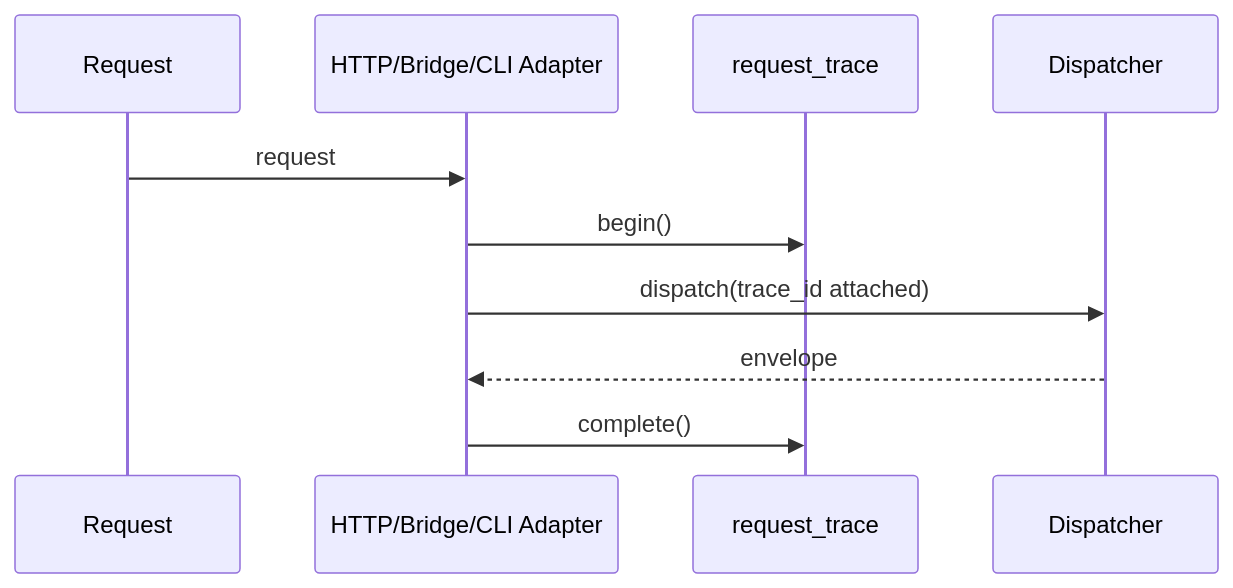
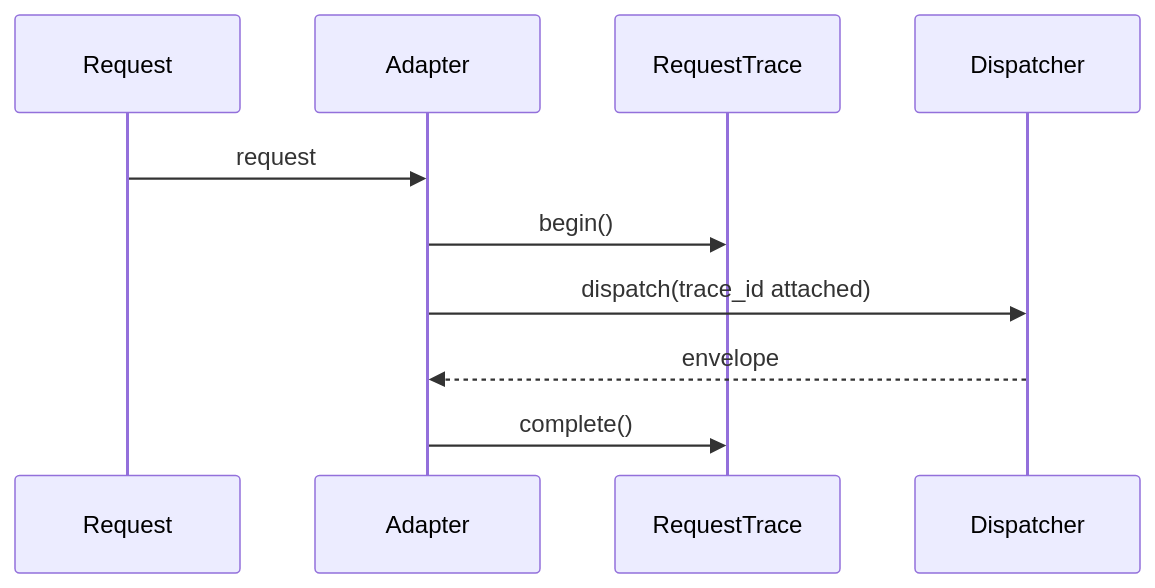
Before and after one commit to topaihub/zig-framework: the second of 4 diagrams in docs/architecture/logging-usage-guide.md, drawn with Mermaid. The commit also changed other lines of this file and 1 other file, not shown here.

First line of the commit message:
修正日志文档中的 Mermaid 图

````diff
--- a/docs/architecture/logging-usage-guide.md
+++ b/docs/architecture/logging-usage-guide.md
@@ -377,13 +377,13 @@
 ```mermaid
 sequenceDiagram
     participant Req as Request
-    participant Adapter as HTTP/Bridge/CLI Adapter
-    participant RT as request_trace
+    participant Adapter as Adapter
+    participant RT as RequestTrace
     participant Disp as Dispatcher
 
     Req->>Adapter: request
     Adapter->>RT: begin()
     Adapter->>Disp: dispatch(trace_id attached)
     Disp-->>Adapter: envelope
     Adapter->>RT: complete()
 ```
````
